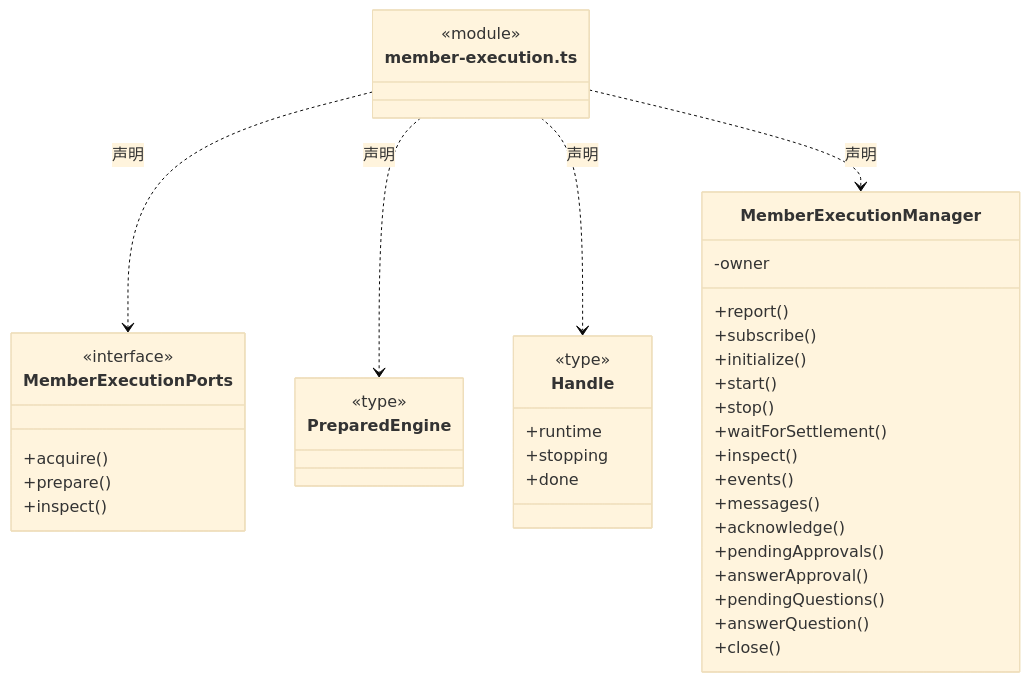
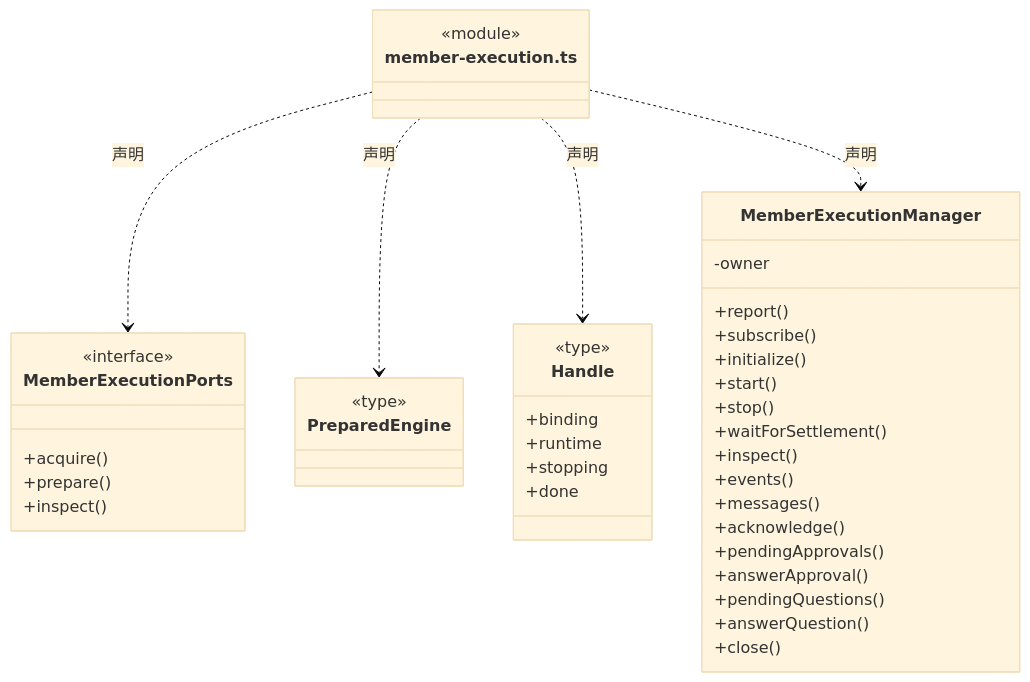
One commit to nan023062/cbim changed diagram 18 of 39 in src/backend/scheduler-engine/execution/ARCHITECTURE.md. Above: the diagram before and after it, drawn with Mermaid (base theme). The commit also changed other lines of this file and 47 other files, not shown here.

````diff
--- a/src/backend/scheduler-engine/execution/ARCHITECTURE.md
+++ b/src/backend/scheduler-engine/execution/ARCHITECTURE.md
@@ -502,44 +503,45 @@
 ```mermaid
 classDiagram
 class N_src_backend_scheduler_engine_execution_member_execution_ts["member-execution.ts"] {
   <<module>>
 }
 class N_src_backend_scheduler_engine_execution_member_execution_ts_MemberExecutionPorts["MemberExecutionPorts"] {
   <<interface>>
   +acquire()
   +prepare()
   +inspect()
 }
 N_src_backend_scheduler_engine_execution_member_execution_ts ..> N_src_backend_scheduler_engine_execution_member_execution_ts_MemberExecutionPorts : 声明
 class N_src_backend_scheduler_engine_execution_member_execution_ts_PreparedEngine["PreparedEngine"] {
   <<type>>
 
 }
 N_src_backend_scheduler_engine_execution_member_execution_ts ..> N_src_backend_scheduler_engine_execution_member_execution_ts_PreparedEngine : 声明
 class N_src_backend_scheduler_engine_execution_member_execution_ts_Handle["Handle"] {
   <<type>>
+  +binding
   +runtime
   +stopping
   +done
 }
 N_src_backend_scheduler_engine_execution_member_execution_ts ..> N_src_backend_scheduler_engine_execution_member_execution_ts_Handle : 声明
 class N_src_backend_scheduler_engine_execution_member_execution_ts_MemberExecutionManager["MemberExecutionManager"] {
   +report()
   +subscribe()
   +initialize()
   +start()
   +stop()
   +waitForSettlement()
   +inspect()
   +events()
   +messages()
   +acknowledge()
   +pendingApprovals()
   +answerApproval()
   +pendingQuestions()
   +answerQuestion()
   +close()
   -owner
 }
 N_src_backend_scheduler_engine_execution_member_execution_ts ..> N_src_backend_scheduler_engine_execution_member_execution_ts_MemberExecutionManager : 声明
 ```
````
